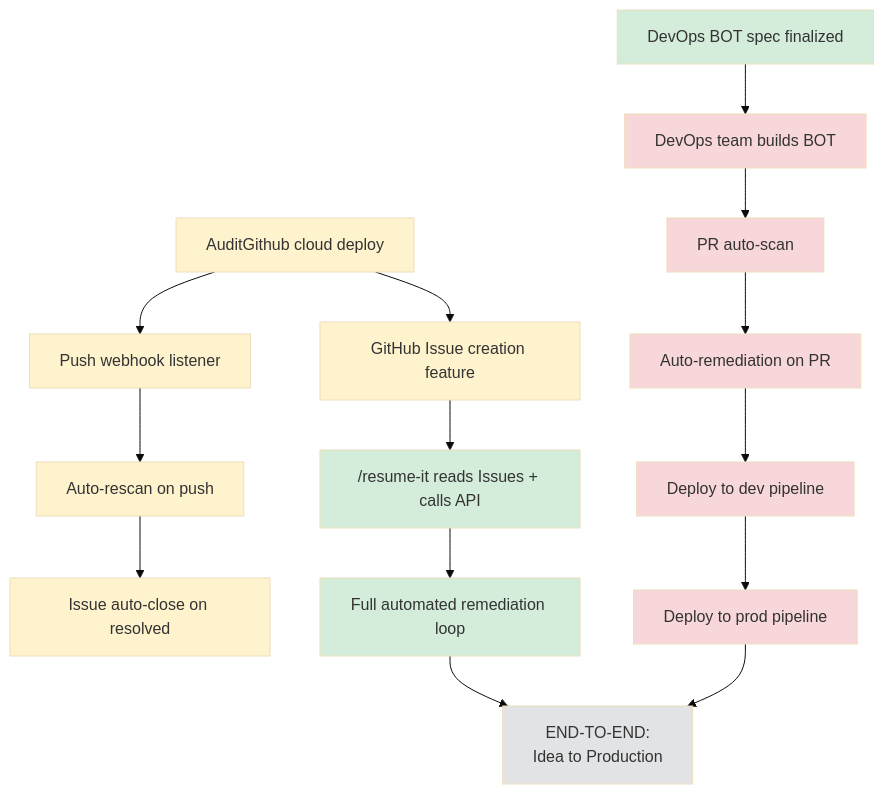
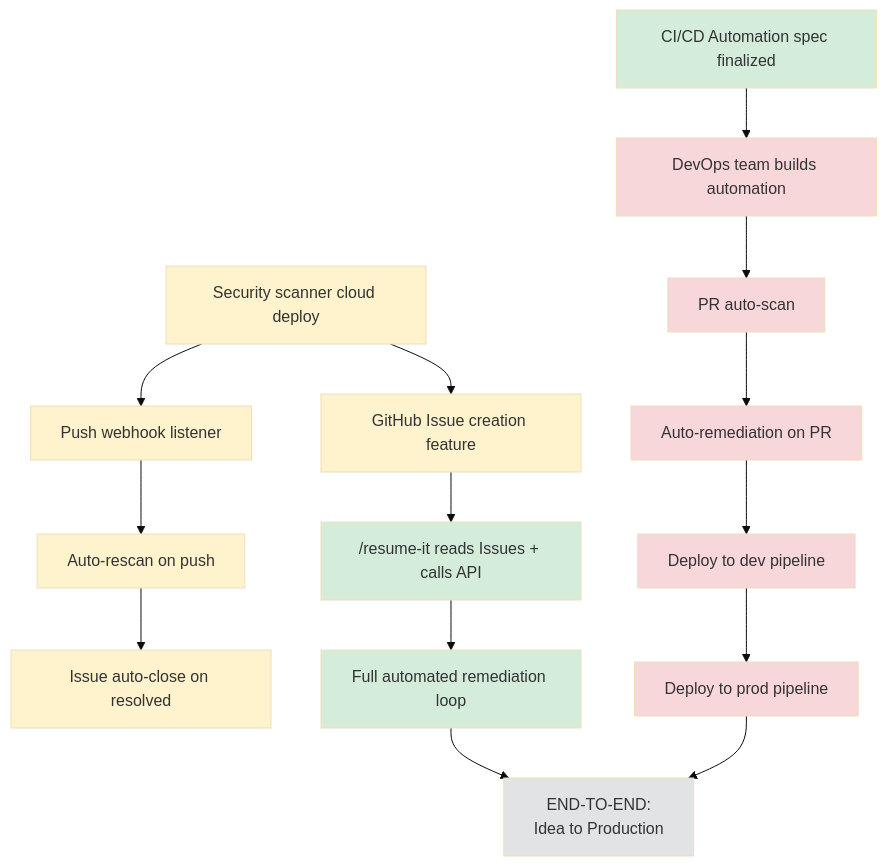
Before and after one commit to sealmindset/make-it: the fourth of 4 diagrams in docs/sequence-diagrams.md, drawn with Mermaid (base theme). The commit also changed other lines of this file and 11 other files, not shown here.

````diff
--- a/docs/sequence-diagrams.md
+++ b/docs/sequence-diagrams.md
@@ -303,38 +303,38 @@
 ```mermaid
 graph TD
-    A["AuditGithub cloud deploy"] --> B["GitHub Issue creation feature"]
+    A["Security scanner cloud deploy"] --> B["GitHub Issue creation feature"]
     A --> C["Push webhook listener"]
     B --> D["/resume-it reads Issues + calls API"]
     C --> E["Auto-rescan on push"]
     E --> F["Issue auto-close on resolved"]
     D --> G["Full automated remediation loop"]
 
-    H["DevOps BOT spec finalized"] --> I["DevOps team builds BOT"]
+    H["CI/CD Automation spec finalized"] --> I["DevOps team builds automation"]
     I --> J["PR auto-scan"]
     J --> K["Auto-remediation on PR"]
     K --> L["Deploy to dev pipeline"]
     L --> M["Deploy to prod pipeline"]
 
     G --> N["END-TO-END:<br/>Idea to Production"]
     M --> N
 
     style A fill:#fff3cd
     style B fill:#fff3cd
     style C fill:#fff3cd
     style E fill:#fff3cd
     style F fill:#fff3cd
     style D fill:#d4edda
     style G fill:#d4edda
     style H fill:#d4edda
     style I fill:#f8d7da
     style J fill:#f8d7da
     style K fill:#f8d7da
     style L fill:#f8d7da
     style M fill:#f8d7da
     style N fill:#e2e3e5
 
     classDef you fill:#fff3cd,stroke:#856404
     classDef devops fill:#f8d7da,stroke:#721c24
     classDef done fill:#d4edda,stroke:#155724
     classDef goal fill:#e2e3e5,stroke:#383d41
 ```
````
